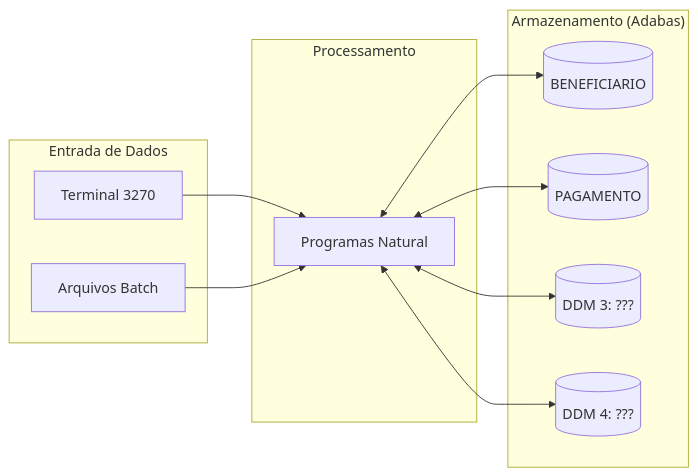
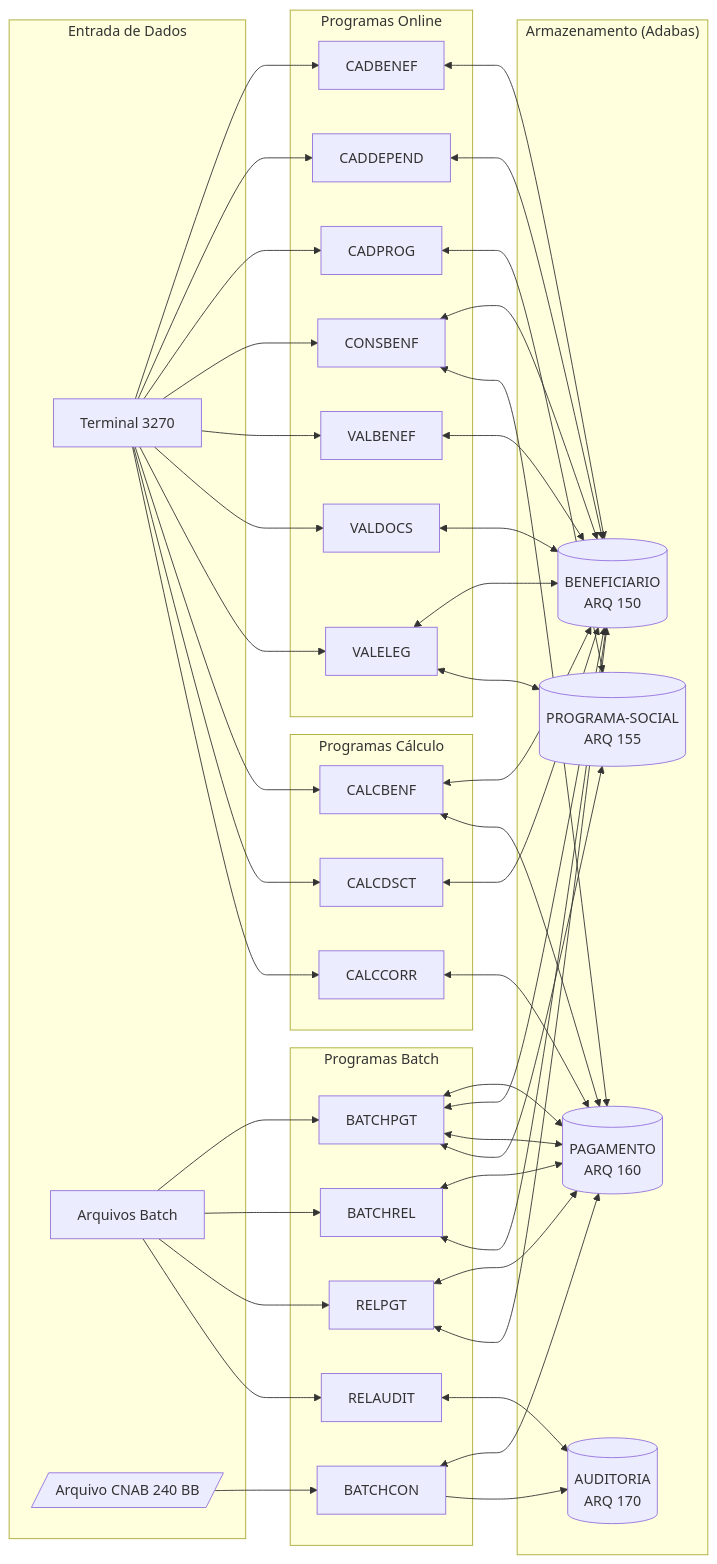
Before and after one commit to agentic-devops-workshop/workshop-azul-01: the third of 3 diagrams in 01-arqueologia/dependency-map.md, drawn with Mermaid. The commit also changed other lines of this file, not shown here.

Commit message:
Update dependency map with detailed program interactions and batch processing flow

````diff
--- a/01-arqueologia/dependency-map.md
+++ b/01-arqueologia/dependency-map.md
@@ -95,25 +153,60 @@
 ```mermaid
 flowchart LR
  subgraph "Entrada de Dados"
  UI["Terminal 3270"]
  BATCH["Arquivos Batch"]
+ CNAB[/"Arquivo CNAB 240 BB"/]
  end
 
- subgraph "Processamento"
- PROG["Programas Natural"]
+ subgraph "Programas Online"
+ CADBENEF["CADBENEF"]
+ CADDEPEND["CADDEPEND"]
+ CADPROG["CADPROG"]
+ CONSBENF["CONSBENF"]
+ VALBENEF["VALBENEF"]
+ VALDOCS["VALDOCS"]
+ VALELEG["VALELEG"]
+ end
+
+ subgraph "Programas Cálculo"
+ CALCBENF["CALCBENF"]
+ CALCDSCT["CALCDSCT"]
+ CALCCORR["CALCCORR"]
+ end
+
+ subgraph "Programas Batch"
+ BATCHPGT["BATCHPGT"]
+ BATCHCON["BATCHCON"]
+ BATCHREL["BATCHREL"]
+ RELPGT["RELPGT"]
+ RELAUDIT["RELAUDIT"]
  end
 
  subgraph "Armazenamento (Adabas)"
- DDM1[("BENEFICIARIO")]
- DDM2[("PAGAMENTO")]
- DDM3[("DDM 3: ???")]
- DDM4[("DDM 4: ???")]
+ DDM1[("BENEFICIARIO<br/>ARQ 150")]
+ DDM2[("PAGAMENTO<br/>ARQ 160")]
+ DDM3[("PROGRAMA-SOCIAL<br/>ARQ 155")]
+ DDM4[("AUDITORIA<br/>ARQ 170")]
  end
 
- UI --> PROG
- BATCH --> PROG
- PROG <--> DDM1
- PROG <--> DDM2
- PROG <--> DDM3
- PROG <--> DDM4
+ UI --> CADBENEF & CADDEPEND & CADPROG & CONSBENF
+ UI --> VALBENEF & VALDOCS & VALELEG
+ UI --> CALCBENF & CALCDSCT & CALCCORR
+ BATCH --> BATCHPGT & BATCHREL & RELPGT & RELAUDIT
+ CNAB --> BATCHCON
+
+ CADBENEF & CADDEPEND & VALBENEF & VALDOCS & VALELEG <--> DDM1
+ CADPROG & VALELEG <--> DDM3
+ CONSBENF & CALCBENF & CALCDSCT <--> DDM1
+ CONSBENF & CALCBENF & BATCHPGT <--> DDM2
+ BATCHPGT <--> DDM1
+ BATCHPGT & CALCCORR <--> DDM2
+ BATCHPGT <--> DDM3
+ BATCHCON <--> DDM2
+ BATCHCON --> DDM4
+ BATCHREL <--> DDM2
+ BATCHREL <--> DDM1
+ RELPGT <--> DDM2
+ RELPGT <--> DDM1
+ RELAUDIT <--> DDM4
 ```
````
